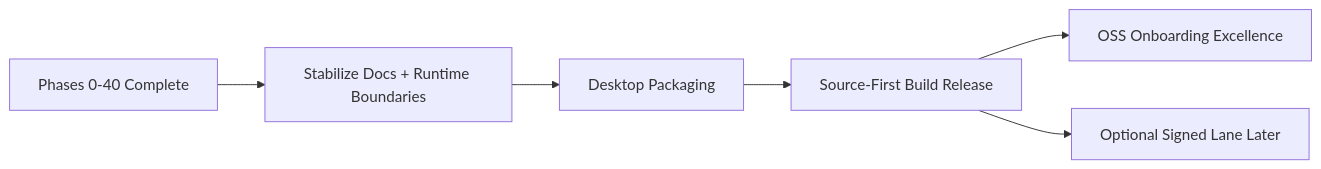
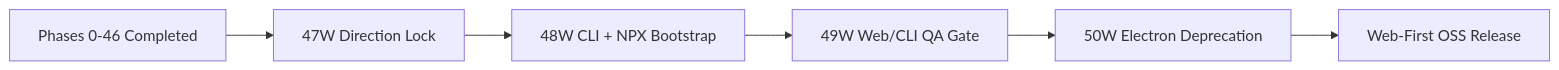
One commit to eeshansrivastava89/sidequests changed the diagram in docs/internal/IMPLEMENTATION_PLAN.md. Above: the diagram before and after it, drawn with Mermaid. The commit also changed other lines of this file and 2 other files, not shown here.

First line of the commit message:
phase 47W: NPX pivot direction lock + docs realignment

````diff
--- a/docs/internal/IMPLEMENTATION_PLAN.md
+++ b/docs/internal/IMPLEMENTATION_PLAN.md
@@ -16,8 +166,8 @@
 ```mermaid
 flowchart LR
-  A[Phases 0-40 Complete] --> B[Stabilize Docs + Runtime Boundaries]
-  B --> C[Desktop Packaging]
-  C --> D[Source-First Build Release]
-  D --> E[OSS Onboarding Excellence]
-  D --> F[Optional Signed Lane Later]
+  A[Phases 0-46 Completed] --> B[47W Direction Lock]
+  B --> C[48W CLI + NPX Bootstrap]
+  C --> D[49W Web/CLI QA Gate]
+  D --> E[50W Electron Deprecation]
+  E --> F[Web-First OSS Release]
 ```
````
